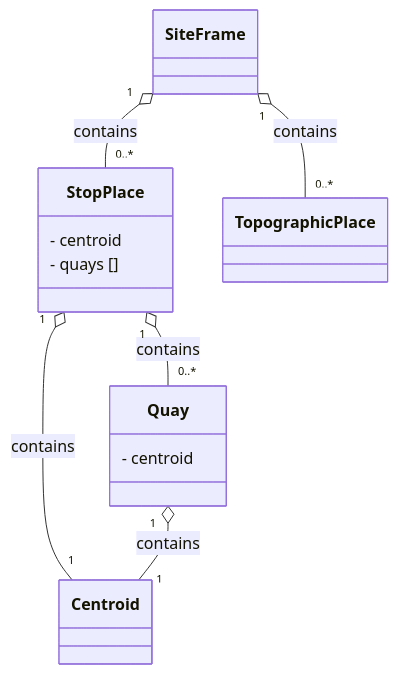
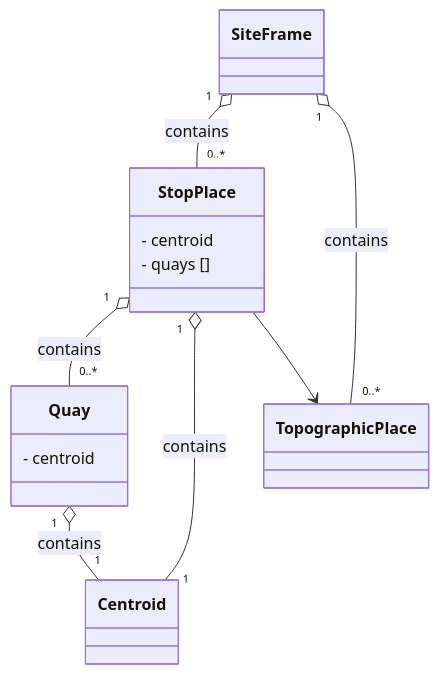
The diagram in src/06_stops.md (openTdataCH/netexRealisationGuideSwitzerland), drawn with Mermaid before and after one commit.

Commit message:
added association stop to topographic place in siteframe diagram

````diff
--- a/src/06_stops.md
+++ b/src/06_stops.md
@@ -20,28 +20,32 @@
 ```mermaid
 classDiagram
     %% Styles
     classDef frame fill:#FFF8E1,stroke:#FFB300
     classDef contained fill:#E8F4FF,stroke:#1E90FF
     classDef external fill:#F6F6F6,stroke:#AAAAAA
 
     %% Frame
     class SiteFrame:::frame
 
     %% Contained elements
     class StopPlace:::contained {
         - centroid
         - quays []
     }
     class Quay:::contained {
         - centroid
     }
     class TopographicPlace:::contained
     class Centroid:::contained
 
     %% Containment relations
     SiteFrame "1" o-- "0..*" StopPlace : contains
     SiteFrame "1" o-- "0..*" TopographicPlace : contains
     StopPlace "1" o-- "0..*" Quay : contains
     StopPlace "1" o-- "1" Centroid : contains
     Quay "1" o-- "1" Centroid : contains
+
+    %% Foreign Key relations
+    StopPlace --> TopographicPlace
+
 ```
````
